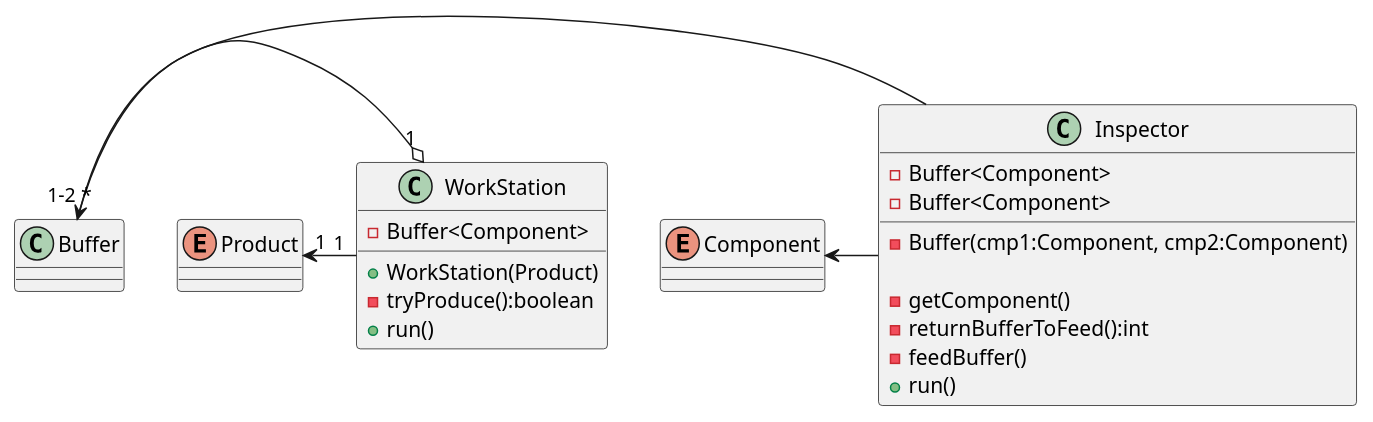
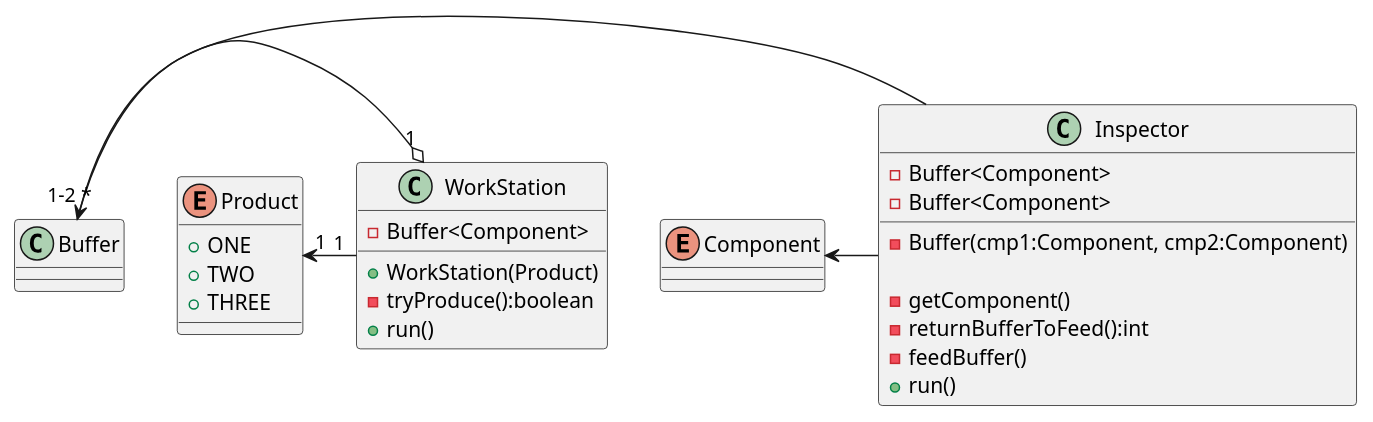
One commit to GabrielCiolac/SYSC-4005-Simulation changed the diagram in ClassDiagram.puml. Above: the diagram before and after it, drawn with PlantUML.

Commit message:
Added product numbers to uml

```diff
--- a/ClassDiagram.puml
+++ b/ClassDiagram.puml
@@ -1,34 +1,38 @@
 @startuml
 
 class WorkStation{
     - Buffer<Component>
 
     + WorkStation(Product)
     - tryProduce():boolean
     + run()
 }
 
 class Inspector{
     -Buffer<Component>
     -Buffer<Component>
 
     - Buffer(cmp1:Component, cmp2:Component)
 
     - getComponent()
     - returnBufferToFeed():int
     - feedBuffer()
     + run()
 
 }
 
 enum Component
-enum Product
+enum Product{
++ONE
++TWO
++THREE
+}
 
 class Buffer
 
 Buffer "1-2" -o "1" WorkStation
 Buffer "*" <- Inspector
 Component <- Inspector
 Product "1" <- "1" WorkStation
 
 @enduml
```
